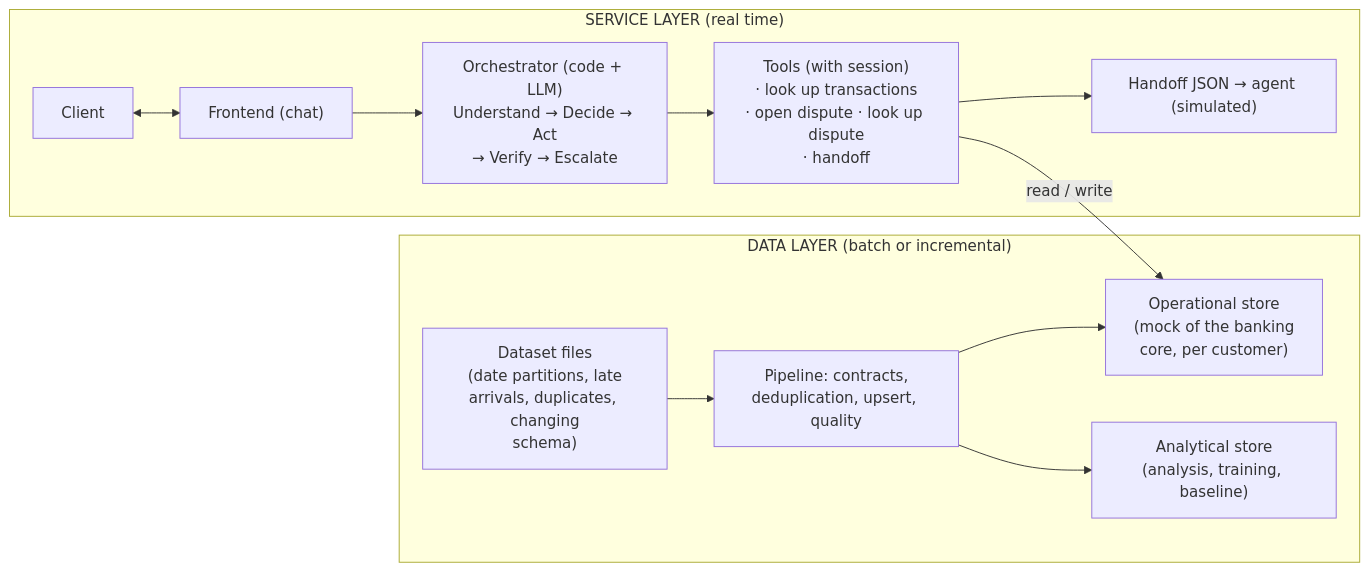
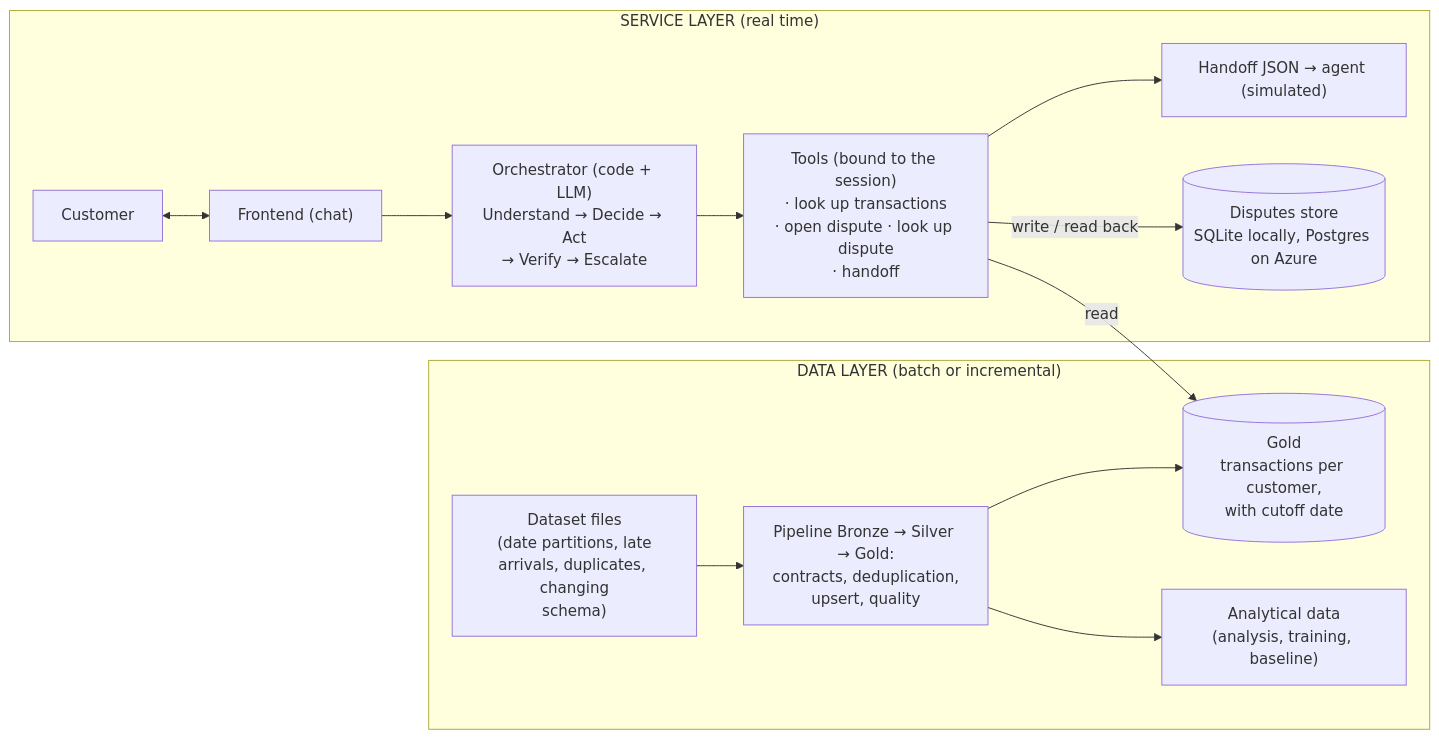
The first of 4 diagrams in docs/understand/architecture.md (rdorta27/factored-hackathon-2026-sentinel-engine), drawn with Mermaid before and after one commit. The commit also changed other lines of this file and 13 other files, not shown here.

````diff
--- a/docs/understand/architecture.md
+++ b/docs/understand/architecture.md
@@ -13,16 +13,17 @@
 ```mermaid
 flowchart LR
     subgraph service["SERVICE LAYER (real time)"]
-        client["Client"] <--> frontend["Frontend (chat)"]
+        client["Customer"] <--> frontend["Frontend (chat)"]
         frontend --> orch["Orchestrator (code + LLM)<br/>Understand → Decide → Act<br/>→ Verify → Escalate"]
-        orch --> tools["Tools (with session)<br/>· look up transactions<br/>· open dispute · look up dispute<br/>· handoff"]
+        orch --> tools["Tools (bound to the session)<br/>· look up transactions<br/>· open dispute · look up dispute<br/>· handoff"]
         tools --> handoff["Handoff JSON → agent (simulated)"]
+        tools -- "write / read back" --> disputes[("Disputes store<br/>SQLite locally, Postgres on Azure")]
     end
     subgraph dataL["DATA LAYER (batch or incremental)"]
         files["Dataset files<br/>(date partitions, late<br/>arrivals, duplicates, changing<br/>schema)"]
-        files --> pipe["Pipeline: contracts,<br/>deduplication, upsert, quality"]
-        pipe --> opstore["Operational store<br/>(mock of the banking<br/>core, per customer)"]
-        pipe --> anstore["Analytical store<br/>(analysis, training, baseline)"]
+        files --> pipe["Pipeline Bronze → Silver → Gold:<br/>contracts, deduplication,<br/>upsert, quality"]
+        pipe --> gold[("Gold<br/>transactions per customer,<br/>with cutoff date")]
+        pipe --> anstore["Analytical data<br/>(analysis, training, baseline)"]
     end
-    tools -- "read / write" --> opstore
+    tools -- "read" --> gold
 ```
````
